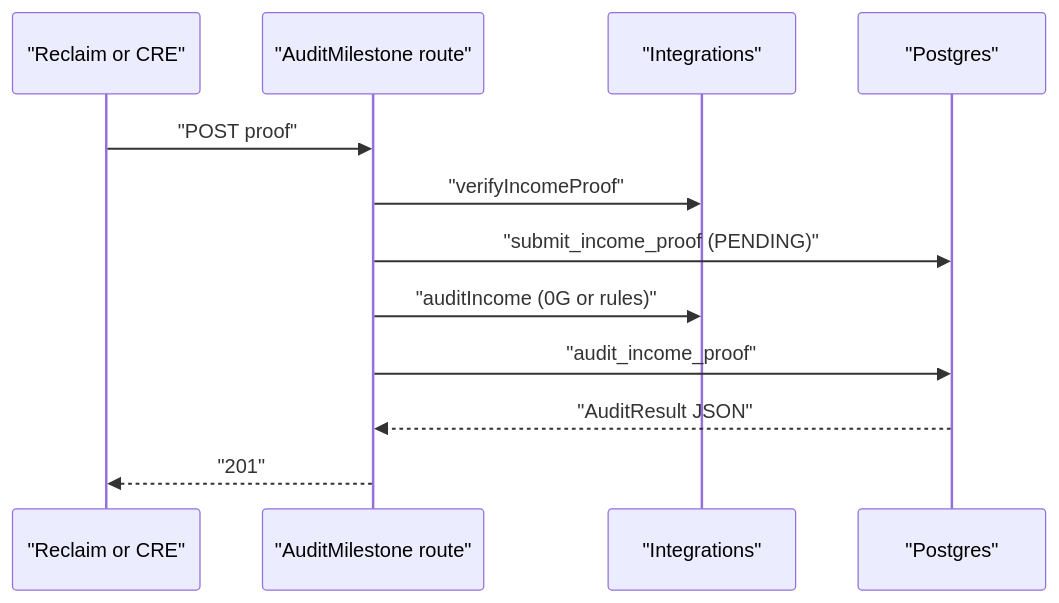
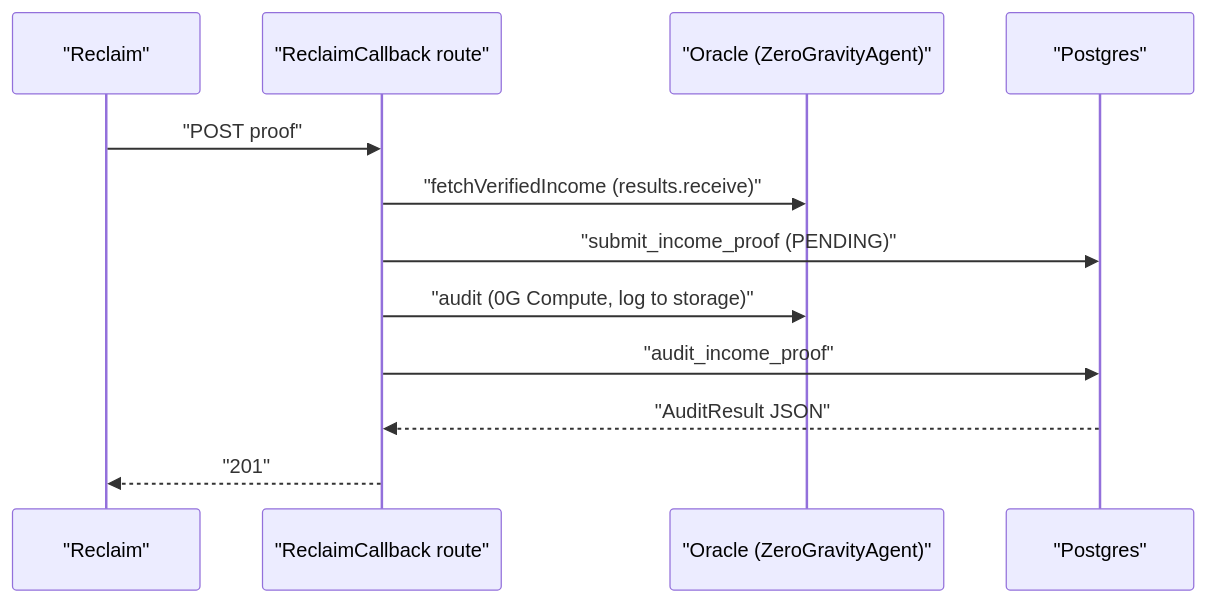
One commit to predatorx7/stakeme-ex changed the fourth of 4 diagrams in docs/backend.md. Above: the diagram before and after it, drawn with Mermaid. The commit also changed other lines of this file and 85 other files, not shown here.

````diff
--- a/docs/backend.md
+++ b/docs/backend.md
@@ -126,14 +131,14 @@
 ```mermaid
 sequenceDiagram
-    participant R as "Reclaim or CRE"
-    participant API as "AuditMilestone route"
-    participant I as "Integrations"
+    participant R as "Reclaim"
+    participant API as "ReclaimCallback route"
+    participant I as "Oracle (ZeroGravityAgent)"
     participant DB as "Postgres"
     R->>API: "POST proof"
-    API->>I: "verifyIncomeProof"
+    API->>I: "fetchVerifiedIncome (results.receive)"
     API->>DB: "submit_income_proof (PENDING)"
-    API->>I: "auditIncome (0G or rules)"
+    API->>I: "audit (0G Compute, log to storage)"
     API->>DB: "audit_income_proof"
     DB-->>API: "AuditResult JSON"
     API-->>R: "201"
 ```
````
